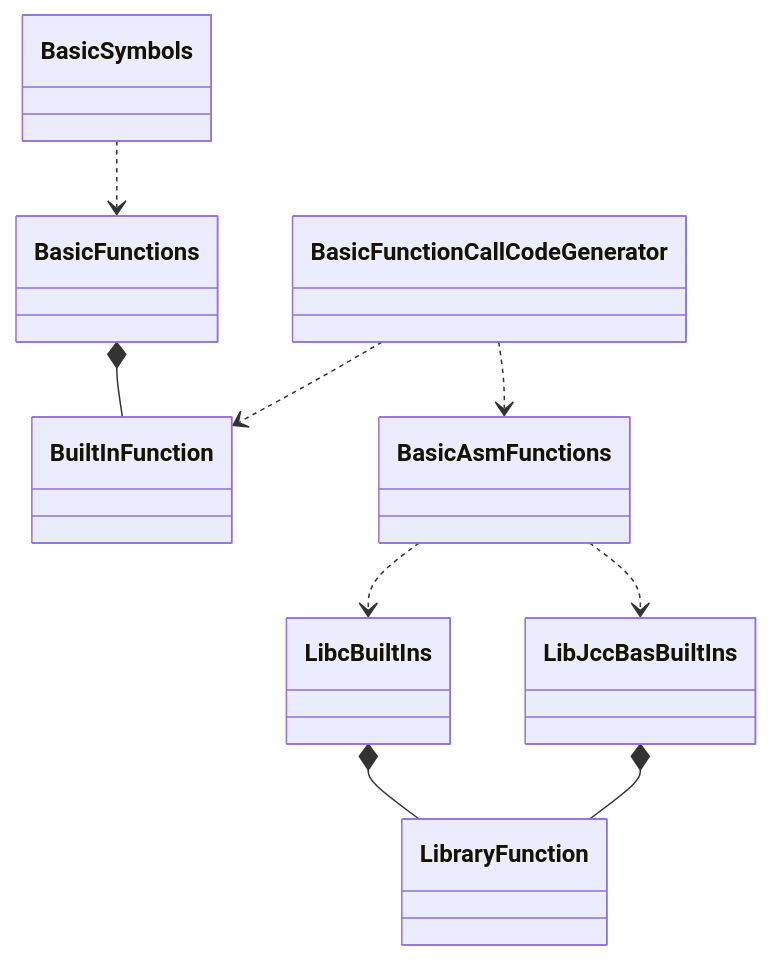
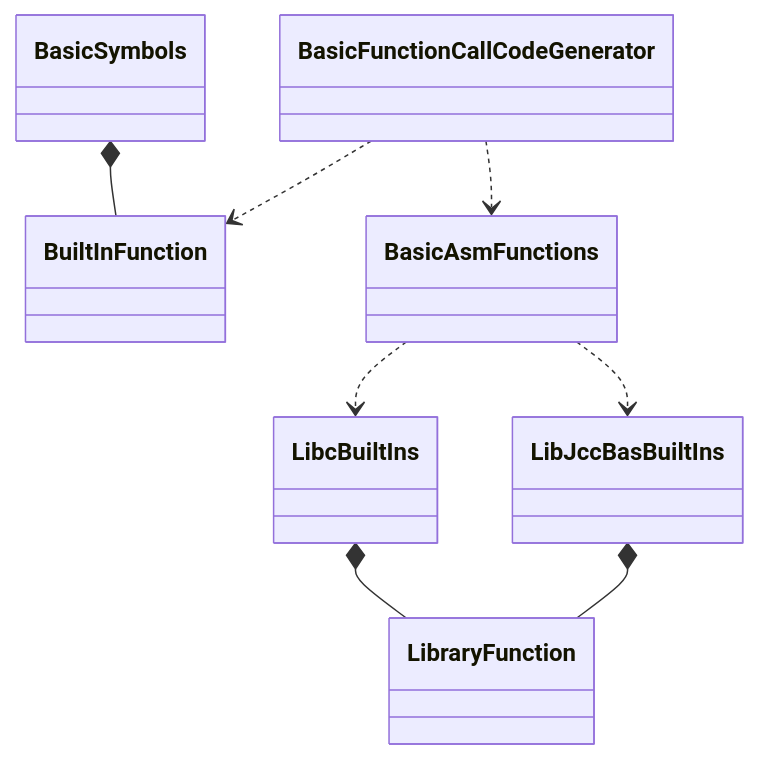
One commit to dykstrom/jcc changed the third of 3 diagrams in docs/Architecture.md. Above: the diagram before and after it, drawn with Mermaid. The commit also changed other lines of this file and 109 other files, not shown here.

````diff
--- a/docs/Architecture.md
+++ b/docs/Architecture.md
@@ -181,26 +181,23 @@
 ```mermaid
 classDiagram
     
     class BuiltInFunction
     class LibraryFunction
 
-    class BasicFunctions
     class BasicSymbols
     class BasicFunctionCallCodeGenerator
     class BasicAsmFunctions
 
     class LibcBuiltIns
     class LibJccBasBuiltIns
 
-    BasicFunctions *-- BuiltInFunction
+    BasicSymbols *-- BuiltInFunction
     LibcBuiltIns *-- LibraryFunction
     LibJccBasBuiltIns *-- LibraryFunction
     
-    BasicSymbols ..> BasicFunctions
-
     BasicFunctionCallCodeGenerator ..> BuiltInFunction
     BasicFunctionCallCodeGenerator ..> BasicAsmFunctions
     
     BasicAsmFunctions ..> LibcBuiltIns
     BasicAsmFunctions ..> LibJccBasBuiltIns
 ```
````
